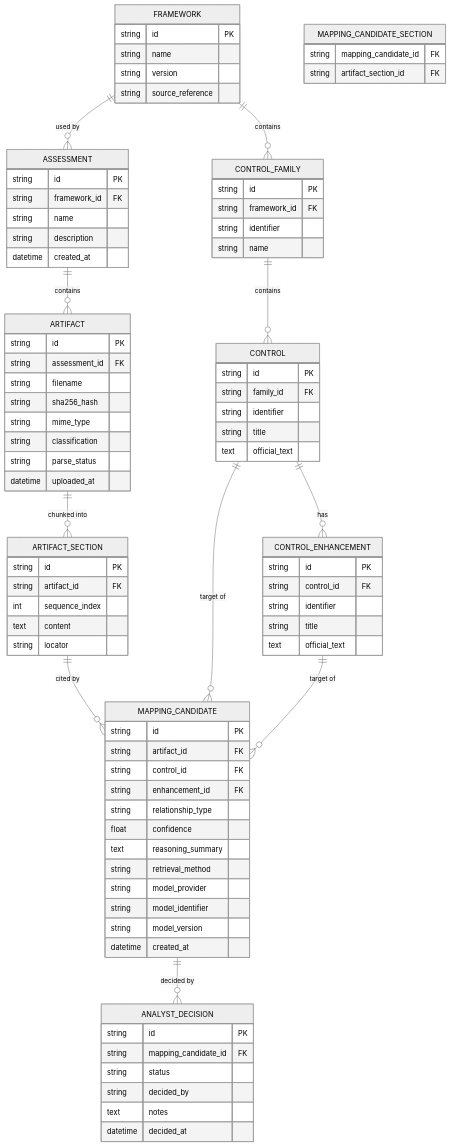
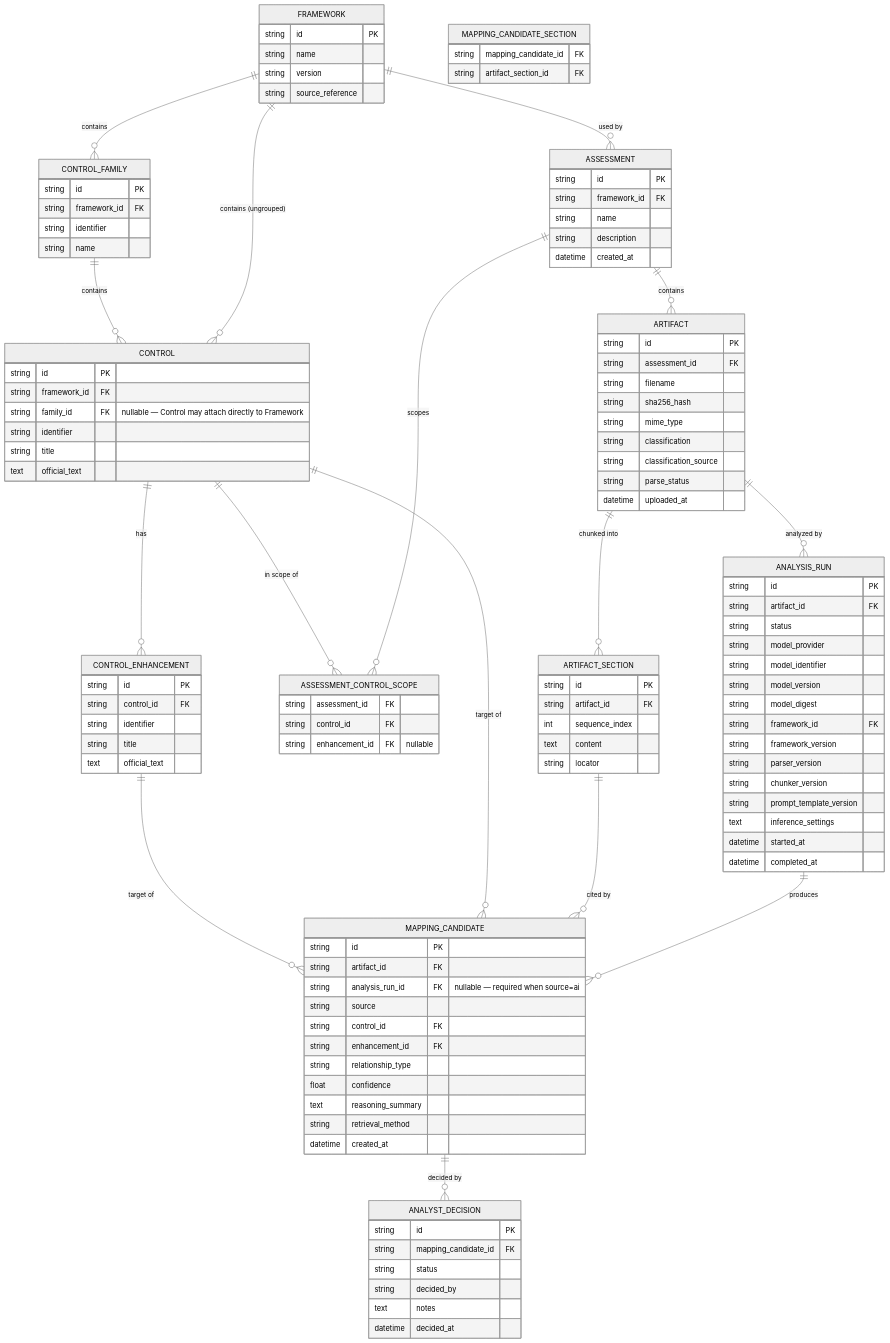
Before and after one commit to MoonPhase-LLC/EvidenceGraph: the diagram in docs/DATABASE.md, drawn with Mermaid (neutral theme). The commit also changed other lines of this file and 11 other files, not shown here.

````diff
--- a/docs/DATABASE.md
+++ b/docs/DATABASE.md
@@ -10,11 +10,16 @@
 ```mermaid
 erDiagram
     FRAMEWORK ||--o{ CONTROL_FAMILY : contains
+    FRAMEWORK ||--o{ CONTROL : "contains (ungrouped)"
     CONTROL_FAMILY ||--o{ CONTROL : contains
     CONTROL ||--o{ CONTROL_ENHANCEMENT : has
     FRAMEWORK ||--o{ ASSESSMENT : "used by"
     ASSESSMENT ||--o{ ARTIFACT : contains
+    ASSESSMENT ||--o{ ASSESSMENT_CONTROL_SCOPE : "scopes"
+    CONTROL ||--o{ ASSESSMENT_CONTROL_SCOPE : "in scope of"
     ARTIFACT ||--o{ ARTIFACT_SECTION : "chunked into"
+    ARTIFACT ||--o{ ANALYSIS_RUN : "analyzed by"
+    ANALYSIS_RUN ||--o{ MAPPING_CANDIDATE : produces
     ARTIFACT_SECTION ||--o{ MAPPING_CANDIDATE : "cited by"
     CONTROL ||--o{ MAPPING_CANDIDATE : "target of"
     CONTROL_ENHANCEMENT ||--o{ MAPPING_CANDIDATE : "target of"
@@ -34,7 +39,8 @@
     }
     CONTROL {
         string id PK
-        string family_id FK
+        string framework_id FK
+        string family_id FK "nullable — Control may attach directly to Framework"
         string identifier
         string title
         text official_text
@@ -53,6 +59,11 @@
         string description
         datetime created_at
     }
+    ASSESSMENT_CONTROL_SCOPE {
+        string assessment_id FK
+        string control_id FK
+        string enhancement_id FK "nullable"
+    }
     ARTIFACT {
         string id PK
         string assessment_id FK
@@ -60,6 +71,7 @@
         string sha256_hash
         string mime_type
         string classification
+        string classification_source
         string parse_status
         datetime uploaded_at
     }
@@ -70,18 +82,34 @@
         text content
         string locator
     }
+    ANALYSIS_RUN {
+        string id PK
+        string artifact_id FK
+        string status
+        string model_provider
+        string model_identifier
+        string model_version
+        string model_digest
+        string framework_id FK
+        string framework_version
+        string parser_version
+        string chunker_version
+        string prompt_template_version
+        text inference_settings
+        datetime started_at
+        datetime completed_at
+    }
     MAPPING_CANDIDATE {
         string id PK
         string artifact_id FK
+        string analysis_run_id FK "nullable — required when source=ai"
+        string source
         string control_id FK
         string enhancement_id FK
         string relationship_type
         float confidence
         text reasoning_summary
         string retrieval_method
-        string model_provider
-        string model_identifier
-        string model_version
         datetime created_at
     }
     MAPPING_CANDIDATE_SECTION {
````
